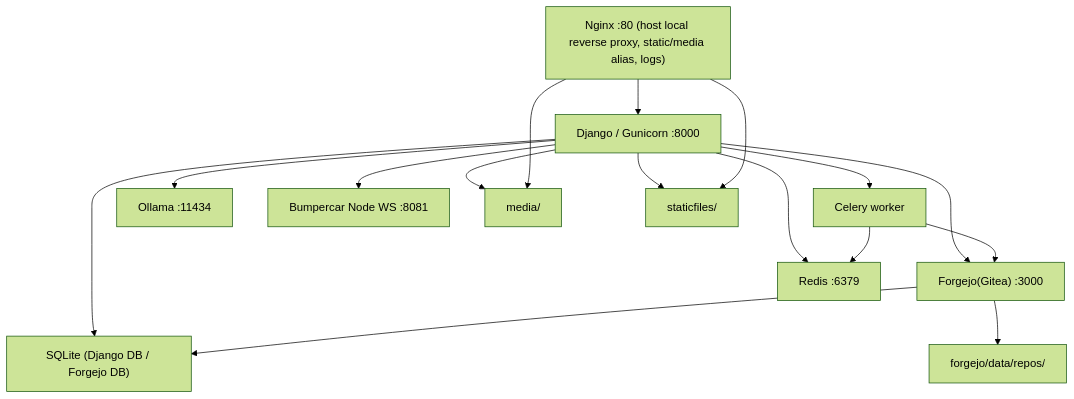
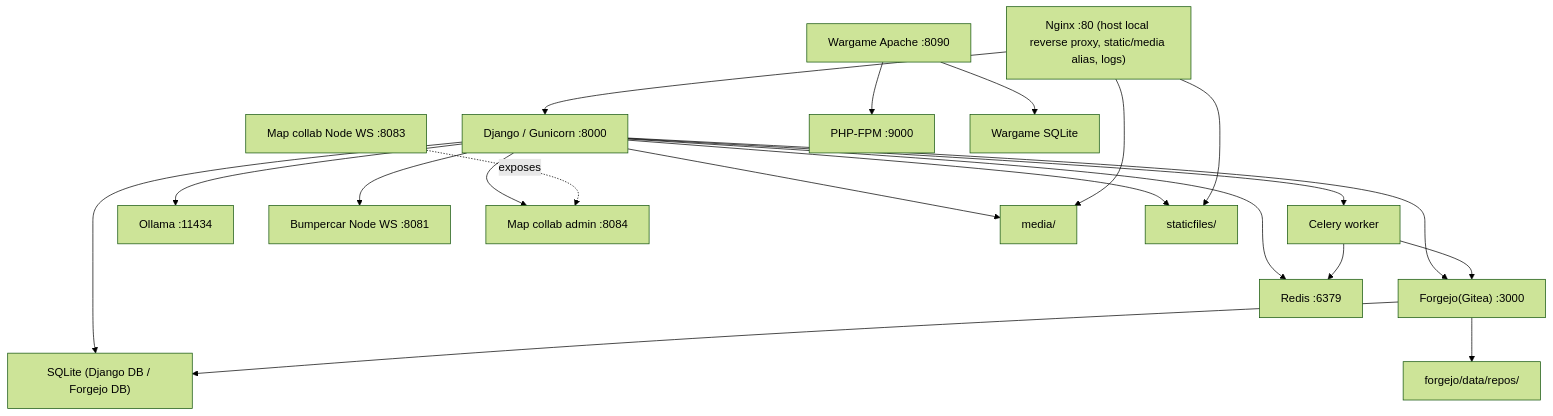
Before and after one commit to Adihang/Hanplanet: the second of 2 diagrams in README.md, drawn with Mermaid (forest theme). The commit also changed other lines of this file and 18 other files, not shown here.

````diff
--- a/README.md
+++ b/README.md
@@ -48,30 +61,39 @@
 ```mermaid
 flowchart TD
   Django["Django / Gunicorn :8000"]
   Nginx["Nginx :80 (host local reverse proxy, static/media alias, logs)"]
   Forgejo["Forgejo(Gitea) :3000"]
   Redis["Redis :6379"]
   Celery["Celery worker"]
   Ollama["Ollama :11434"]
   Game["Bumpercar Node WS :8081"]
+  MapCollab["Map collab Node WS :8083"]
+  MapAdmin["Map collab admin :8084"]
+  Wargame["Wargame Apache :8090"]
+  PHPFPM["PHP-FPM :9000"]
   SQLite["SQLite (Django DB / Forgejo DB)"]
+  WargameDB["Wargame SQLite"]
   Media["media/"]
   Static["staticfiles/"]
   RepoData["forgejo/data/repos/"]
 
   Django --> SQLite
   Django --> Media
   Django --> Static
   Django --> Ollama
   Django --> Redis
   Django --> Celery
   Django --> Forgejo
+  Django --> MapAdmin
   Celery --> Forgejo
   Celery --> Redis
   Forgejo --> RepoData
   Forgejo --> SQLite
   Django --> Game
+  MapCollab -. exposes .-> MapAdmin
+  Wargame --> PHPFPM
+  Wargame --> WargameDB
   Nginx --> Django
   Nginx --> Static
   Nginx --> Media
 ```
````
